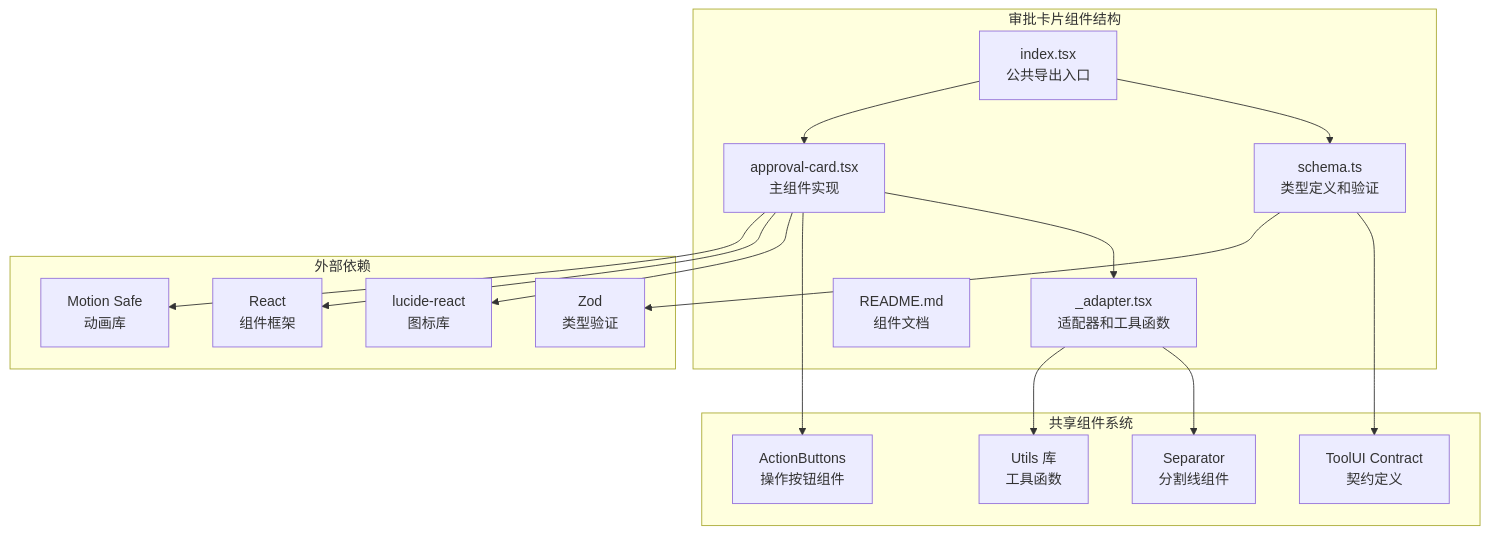
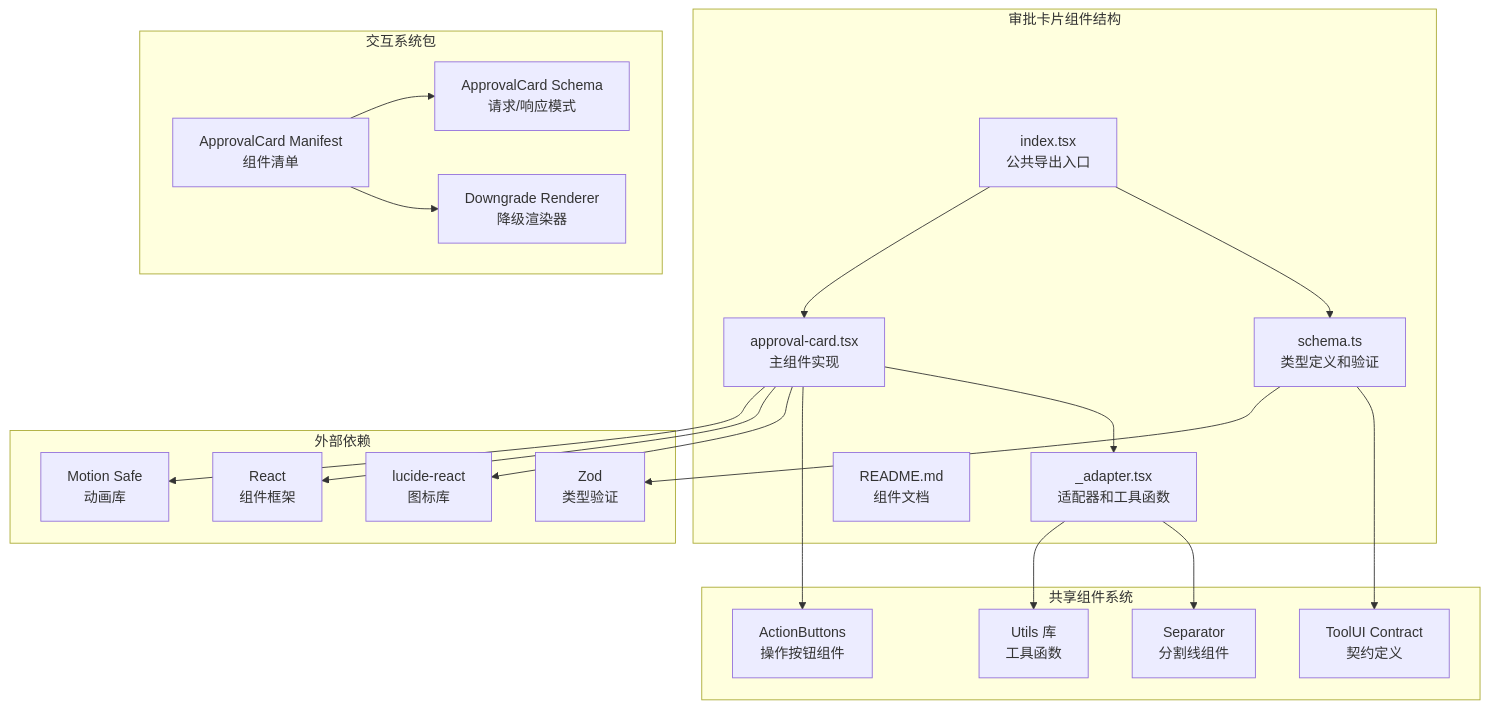
Before and after one commit to verse-ai-org/openclaw: the first of 9 diagrams in .qoder/repowiki/zh/content/Web界面/UI组件系统/工具UI组件/审批卡片组件.md, drawn with Mermaid. The commit also changed other lines of this file and 11 other files, not shown here.

````diff
--- a/.qoder/repowiki/zh/content/Web界面/UI组件系统/工具UI组件/审批卡片组件.md
+++ b/.qoder/repowiki/zh/content/Web界面/UI组件系统/工具UI组件/审批卡片组件.md
@@ -51,33 +60,40 @@
 ```mermaid
 graph TB
 subgraph "审批卡片组件结构"
 A[index.tsx<br/>公共导出入口]
 B[schema.ts<br/>类型定义和验证]
 C[approval-card.tsx<br/>主组件实现]
 D[_adapter.tsx<br/>适配器和工具函数]
 E[README.md<br/>组件文档]
 end
 subgraph "共享组件系统"
 F[ActionButtons<br/>操作按钮组件]
 G[ToolUI Contract<br/>契约定义]
 H[Utils 库<br/>工具函数]
 I[Separator<br/>分割线组件]
 end
+subgraph "交互系统包"
+J[ApprovalCard Manifest<br/>组件清单]
+K[ApprovalCard Schema<br/>请求/响应模式]
+L[Downgrade Renderer<br/>降级渲染器]
+end
 subgraph "外部依赖"
-J[lucide-react<br/>图标库]
-K[Zod<br/>类型验证]
-L[React<br/>组件框架]
-M[Motion Safe<br/>动画库]
+M[lucide-react<br/>图标库]
+N[Zod<br/>类型验证]
+O[React<br/>组件框架]
+P[Motion Safe<br/>动画库]
 end
 A --> B
 A --> C
 C --> D
 C --> F
-C --> J
+C --> M
 B --> G
-B --> K
-C --> L
-C --> M
+B --> N
+C --> O
+C --> P
 D --> I
 D --> H
+J --> K
+J --> L
 ```
````
